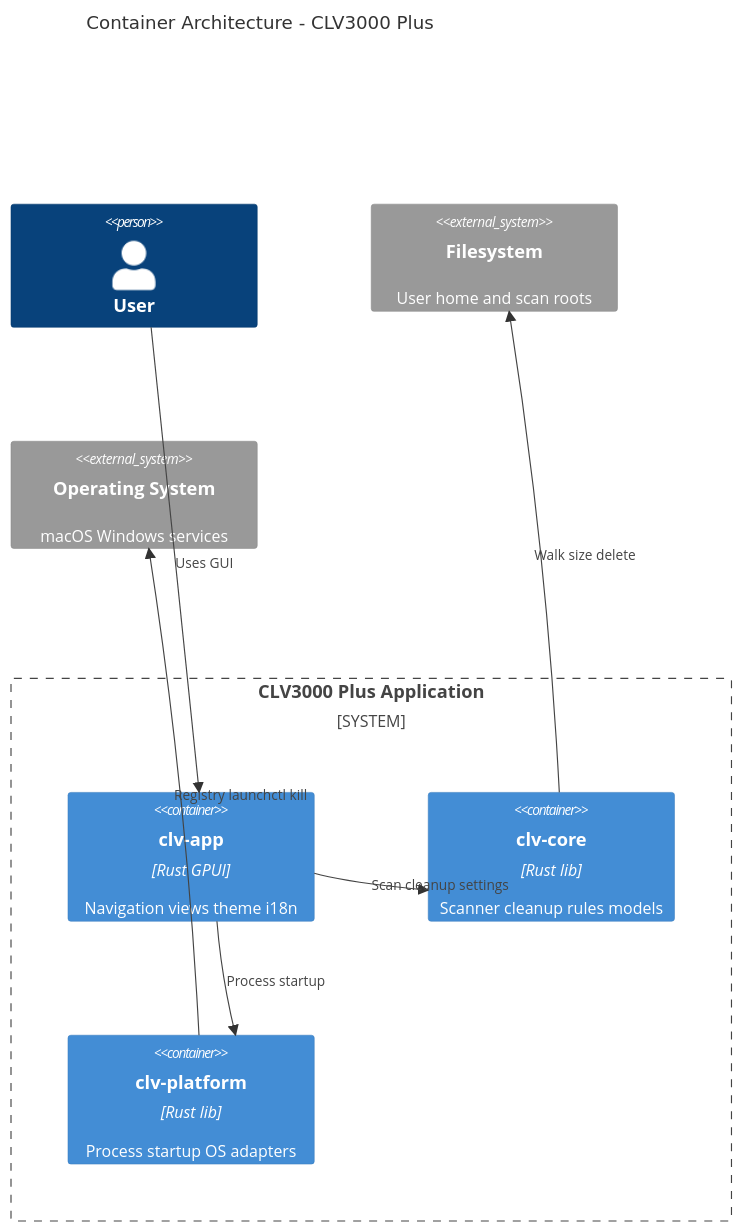
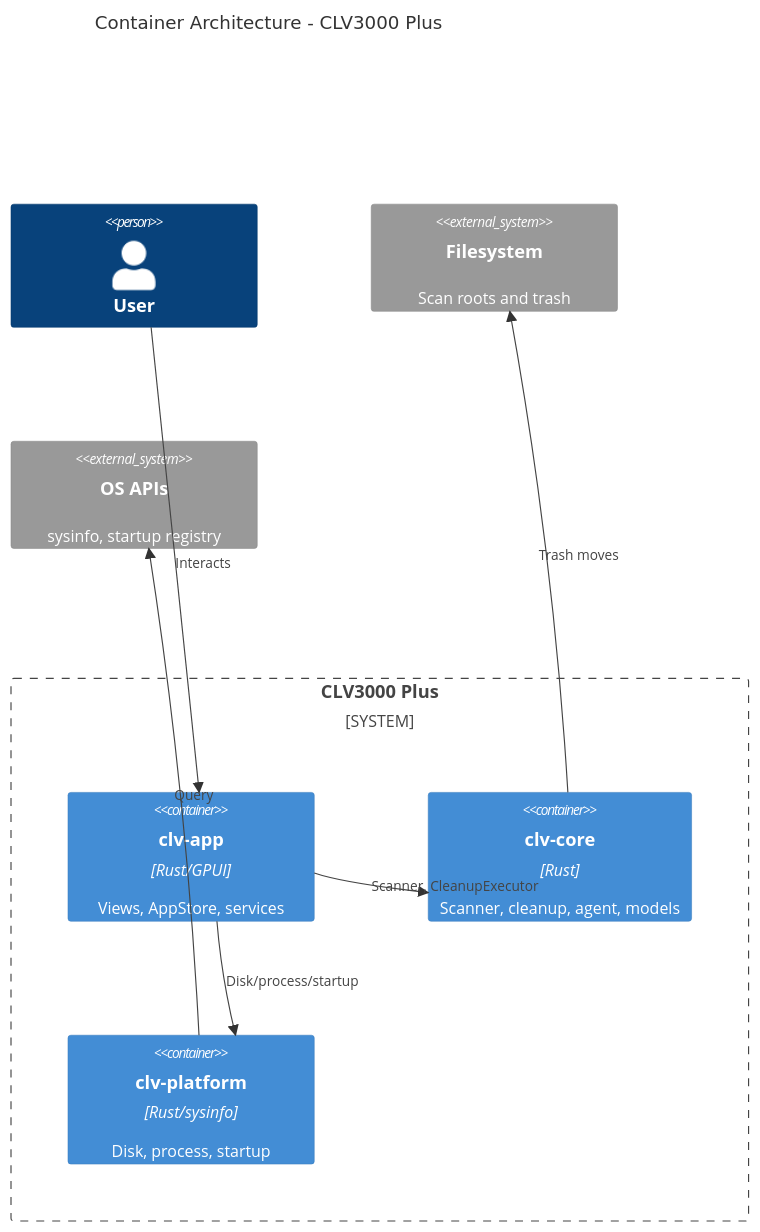
The second of 6 diagrams in .terrain/human/2.Architecture.md (sopaco/CLV3000-Plus), drawn with Mermaid before and after one commit. The commit also changed other lines of this file and 15 other files, not shown here.

````diff
--- a/.terrain/human/2.Architecture.md
+++ b/.terrain/human/2.Architecture.md
@@ -73,21 +77,22 @@
 ```mermaid
 C4Container
     title Container Architecture - CLV3000 Plus
 
     Person(user, "User")
 
-    System_Boundary(clvapp, "CLV3000 Plus Application") {
-        Container(ui, "clv-app", "Rust GPUI", "Navigation views theme i18n")
-        Container(core, "clv-core", "Rust lib", "Scanner cleanup rules models")
-        Container(platform, "clv-platform", "Rust lib", "Process startup OS adapters")
+    System_Boundary(app, "CLV3000 Plus") {
+        Container(gui, "clv-app", "Rust/GPUI", "Views, AppStore, services")
+        Container(core, "clv-core", "Rust", "Scanner, cleanup, agent, models")
+        Container(platform, "clv-platform", "Rust/sysinfo", "Disk, process, startup")
     }
 
-    System_Ext(fs, "Filesystem", "User home and scan roots")
-    System_Ext(os, "Operating System", "macOS Windows services")
+    System_Ext(fs, "Filesystem", "Scan roots and trash")
+    System_Ext(osapi, "OS APIs", "sysinfo, startup registry")
 
-    Rel(user, ui, "Uses GUI")
-    Rel(ui, core, "Scan cleanup settings")
-    Rel(ui, platform, "Process startup")
-    Rel(core, fs, "Walk size delete")
-    Rel(platform, os, "Registry launchctl kill")
+    Rel(user, gui, "Interacts")
+    Rel(gui, core, "Scanner, CleanupExecutor")
+    Rel(gui, platform, "Disk/process/startup")
+    Rel(core, fs, "walkdir read/delete")
+    Rel(platform, osapi, "Query")
+    Rel(core, fs, "Trash moves")
 ```
````
